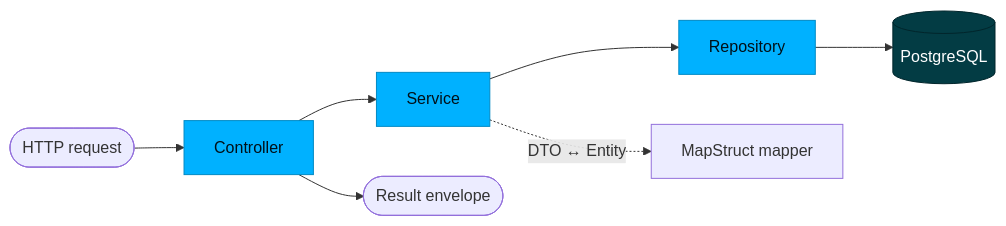
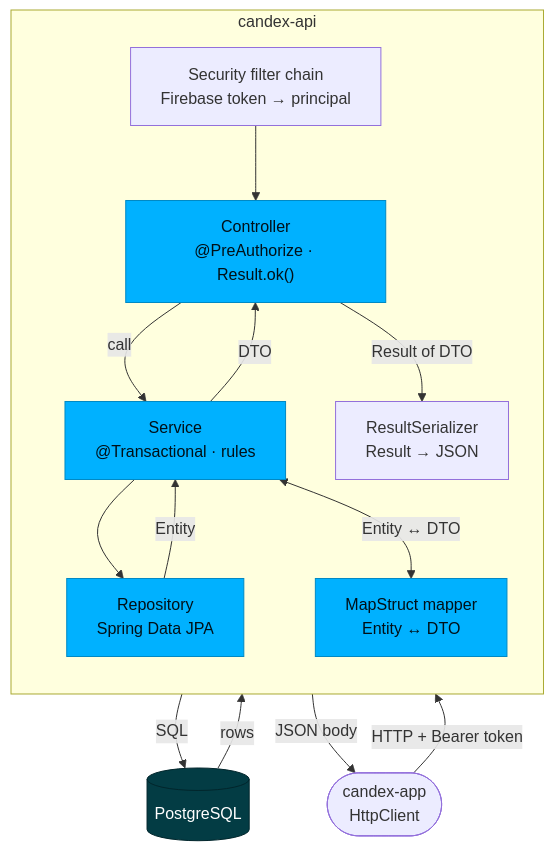
Before and after one commit to RusterX16/candex-handbook: the first of 2 diagrams in src/content/docs/en/back-end.md, drawn with Mermaid. The commit also changed other lines of this file and 96 other files, not shown here.

First line of the commit message:
docs: diagrams, code snippets, PDF cover and site icon (v0.23.0)

````diff
--- a/src/content/docs/en/back-end.md
+++ b/src/content/docs/en/back-end.md
@@ -12,14 +12,24 @@
 ```mermaid
-flowchart LR
-  req([HTTP request]) --> ctrl["Controller"]
-  ctrl --> svc["Service"]
-  svc --> repo["Repository"]
-  repo --> pg[("PostgreSQL")]
-  svc -. "DTO ↔ Entity" .-> map["MapStruct mapper"]
-  ctrl --> res([Result envelope])
+flowchart TB
+  app(["candex-app<br/>HttpClient"])
+  subgraph api["candex-api"]
+    direction TB
+    sec["Security filter chain<br/>Firebase token → principal"]
+    ctrl["Controller<br/>@PreAuthorize · Result.ok()"]
+    svc["Service<br/>@Transactional · rules"]
+    map["MapStruct mapper<br/>Entity ↔ DTO"]
+    repo["Repository<br/>Spring Data JPA"]
+    ser["ResultSerializer<br/>Result → JSON"]
+  end
+  pg[("PostgreSQL")]
+
+  app -->|"HTTP + Bearer token"| sec --> ctrl -->|"call"| svc --> repo -->|"SQL"| pg
+  pg -->|"rows"| repo -->|"Entity"| svc
+  svc <-->|"Entity ↔ DTO"| map
+  svc -->|"DTO"| ctrl -->|"Result of DTO"| ser -->|"JSON body"| app
 
   classDef svc fill:#00B1FF,stroke:#0089c4,color:#001018;
   classDef store fill:#033C44,stroke:#02262c,color:#ffffff;
-  class ctrl,svc,repo svc
+  class ctrl,svc,repo,map svc
   class pg store
 ```
````
